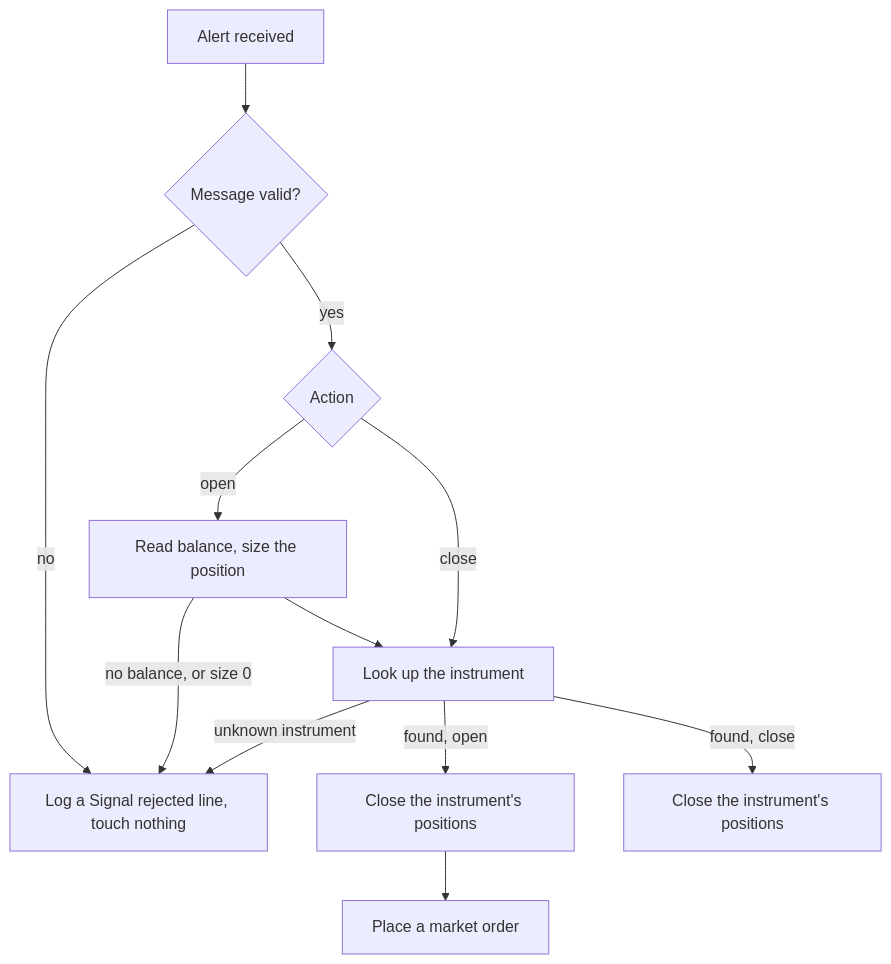
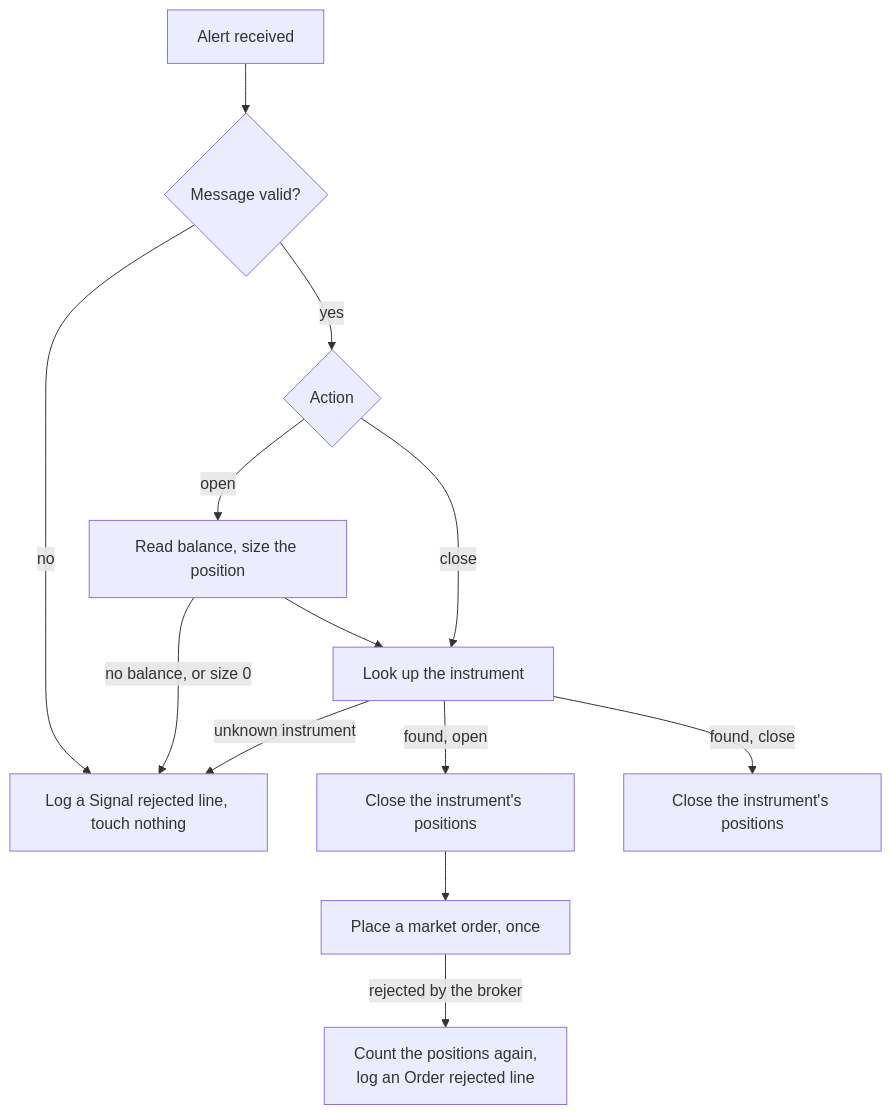
The second of 2 diagrams in README.md (Akinzou/TradeLockerBot), drawn with Mermaid before and after one commit. The commit also changed other lines of this file and 19 other files, not shown here.

````diff
--- a/README.md
+++ b/README.md
@@ -60,13 +63,14 @@
 ```mermaid
 flowchart TD
     A[Alert received] --> B{Message valid?}
     B -- no --> X["Log a Signal rejected line, touch nothing"]
     B -- yes --> C{Action}
     C -- open --> D[Read balance, size the position]
     D --> E[Look up the instrument]
     C -- close --> E
     D -- "no balance, or size 0" --> X
     E -- unknown instrument --> X
-    E -- "found, open" --> F["Close the instrument's positions"] --> G["Place a market order"]
+    E -- "found, open" --> F["Close the instrument's positions"] --> G["Place a market order, once"]
+    G -- "rejected by the broker" --> R["Count the positions again,<br/>log an Order rejected line"]
     E -- "found, close" --> H["Close the instrument's positions"]
 ```
````
